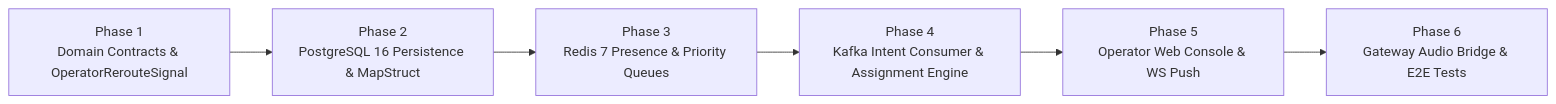
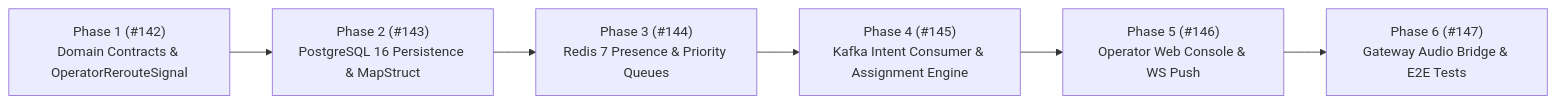
One commit to pedrazamiguez/voice-pulse changed the second of 2 diagrams in docs/plans/epic-6-routing-console-plan.md. Above: the diagram before and after it, drawn with Mermaid. The commit also changed other lines of this file and 1 other file, not shown here.

Commit message:
docs(roadmap): link Epic 6 sub-issues #142-#147 in ROADMAP and master plan

````diff
--- a/docs/plans/epic-6-routing-console-plan.md
+++ b/docs/plans/epic-6-routing-console-plan.md
@@ -54,8 +54,8 @@
 ```mermaid
 flowchart LR
-    P1["Phase 1<br/>Domain Contracts & OperatorRerouteSignal"] --> P2["Phase 2<br/>PostgreSQL 16 Persistence & MapStruct"]
-    P2 --> P3["Phase 3<br/>Redis 7 Presence & Priority Queues"]
-    P3 --> P4["Phase 4<br/>Kafka Intent Consumer & Assignment Engine"]
-    P4 --> P5["Phase 5<br/>Operator Web Console & WS Push"]
-    P5 --> P6["Phase 6<br/>Gateway Audio Bridge & E2E Tests"]
+    P1["Phase 1 (#142)<br/>Domain Contracts & OperatorRerouteSignal"] --> P2["Phase 2 (#143)<br/>PostgreSQL 16 Persistence & MapStruct"]
+    P2 --> P3["Phase 3 (#144)<br/>Redis 7 Presence & Priority Queues"]
+    P3 --> P4["Phase 4 (#145)<br/>Kafka Intent Consumer & Assignment Engine"]
+    P4 --> P5["Phase 5 (#146)<br/>Operator Web Console & WS Push"]
+    P5 --> P6["Phase 6 (#147)<br/>Gateway Audio Bridge & E2E Tests"]
 ```
````
